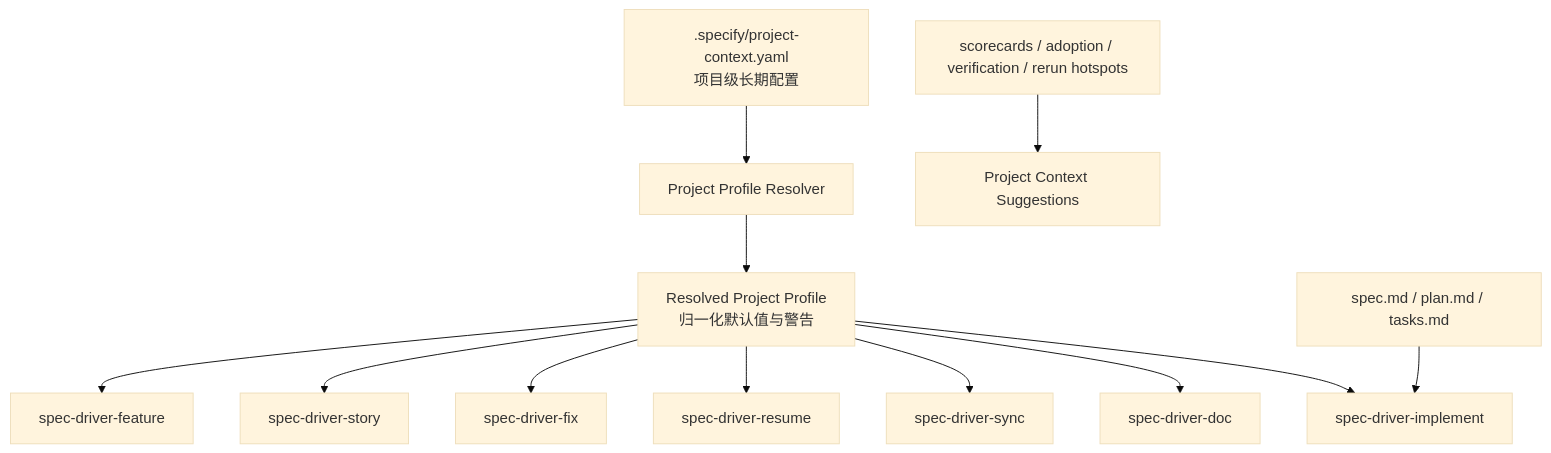
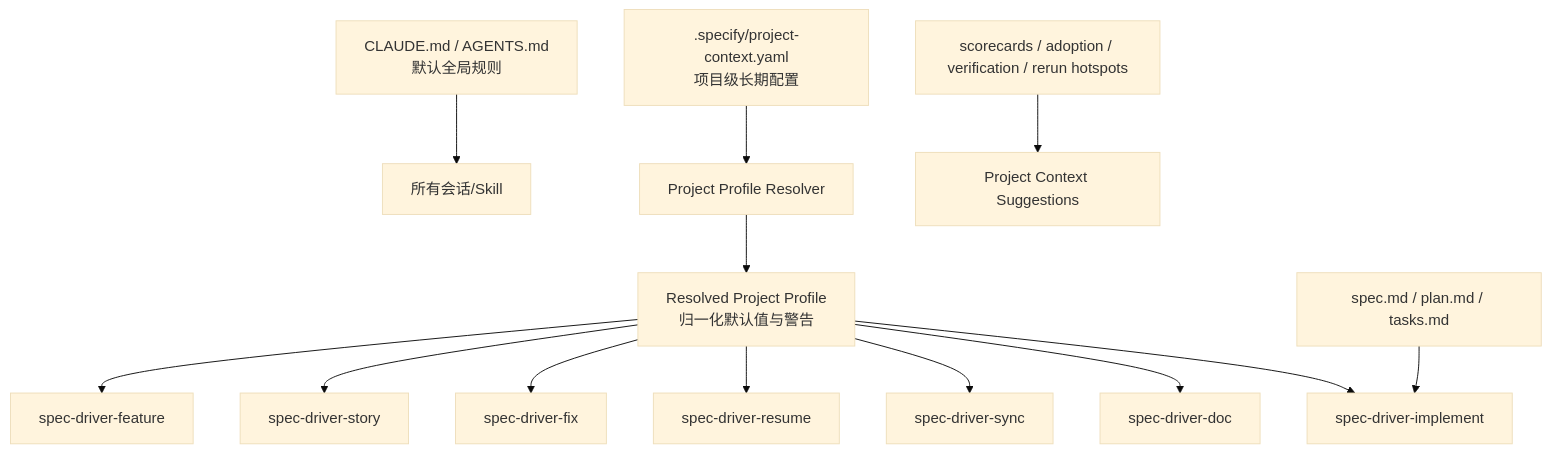
The diagram in specs/070-project-context-implement-skill-blueprint/blueprint.md (connor-git-yaml/cc-plugin-market), drawn with Mermaid (base theme) before and after one commit. The commit also changed other lines of this file and 9 other files, not shown here.

Commit message:
chore(spec-driver): finalize context layering and bump v3.2.0

````diff
--- a/specs/070-project-context-implement-skill-blueprint/blueprint.md
+++ b/specs/070-project-context-implement-skill-blueprint/blueprint.md
@@ -87,14 +100,15 @@
 ```mermaid
 flowchart TD
-    A[".specify/project-context.yaml<br/>项目级长期配置"] --> B["Project Profile Resolver"]
-    B --> C["Resolved Project Profile<br/>归一化默认值与警告"]
-    C --> D["spec-driver-feature"]
-    C --> E["spec-driver-story"]
-    C --> F["spec-driver-fix"]
-    C --> G["spec-driver-resume"]
-    C --> H["spec-driver-sync"]
-    C --> I["spec-driver-doc"]
-    C --> J["spec-driver-implement"]
-    K["spec.md / plan.md / tasks.md"] --> J
-    L["scorecards / adoption / verification / rerun hotspots"] --> M["Project Context Suggestions"]
+    A["CLAUDE.md / AGENTS.md<br/>默认全局规则"] --> D["所有会话/Skill"]
+    B[".specify/project-context.yaml<br/>项目级长期配置"] --> C["Project Profile Resolver"]
+    C --> E["Resolved Project Profile<br/>归一化默认值与警告"]
+    E --> F["spec-driver-feature"]
+    E --> G["spec-driver-story"]
+    E --> H["spec-driver-fix"]
+    E --> I["spec-driver-resume"]
+    E --> J["spec-driver-sync"]
+    E --> K["spec-driver-doc"]
+    E --> L["spec-driver-implement"]
+    M["spec.md / plan.md / tasks.md"] --> L
+    N["scorecards / adoption / verification / rerun hotspots"] --> O["Project Context Suggestions"]
 ```
````
